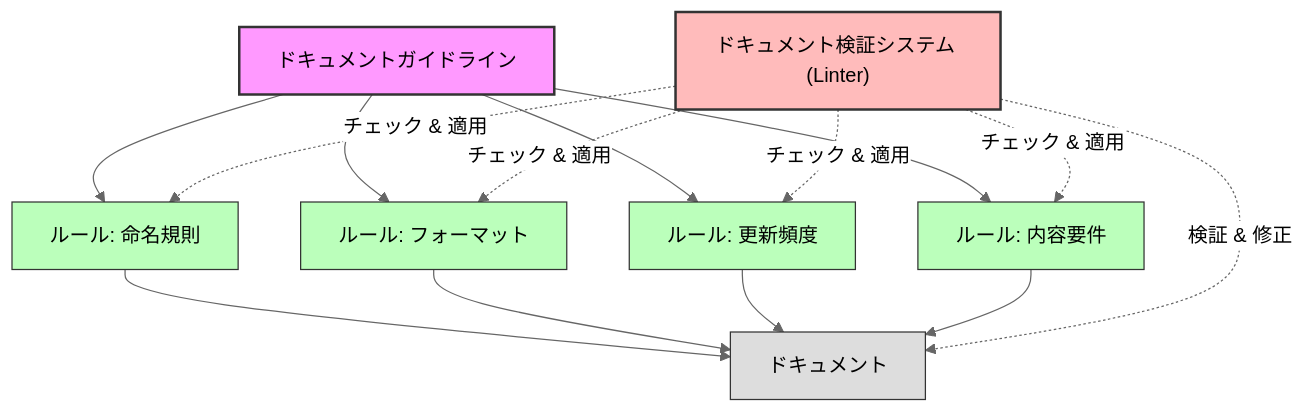
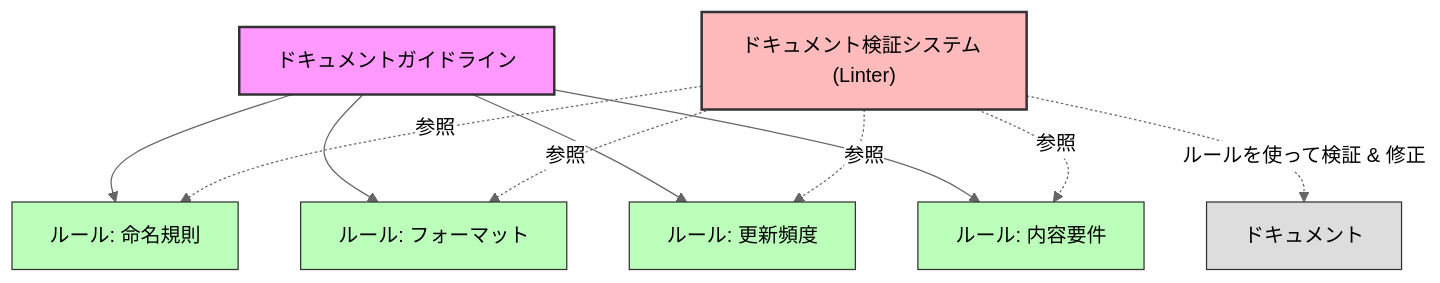
Before and after one commit to ToyB0x/ai-coding-rules: the first of 2 diagrams in Guideline.md, drawn with Mermaid (neutral theme). The commit also changed other lines of this file and 1 other file, not shown here.

Commit message:
docs: update terminology in diagrams for document validation system

````diff
--- a/Guideline.md
+++ b/Guideline.md
@@ -7,27 +7,22 @@
 ```mermaid
 graph TD
   A["ドキュメントガイドライン"] --> C1["ルール: 命名規則"]
   A --> C2["ルール: フォーマット"]
   A --> C3["ルール: 更新頻度"]
   A --> C4["ルール: 内容要件"]
   
-  D["ドキュメント検証システム (Linter)"] -.-> |"チェック & 適用"| C1
-  D -.-> |"チェック & 適用"| C2
-  D -.-> |"チェック & 適用"| C3
-  D -.-> |"チェック & 適用"| C4
+  D["ドキュメント検証システム (Linter)"] -.-> |"参照"| C1
+  D -.-> |"参照"| C2
+  D -.-> |"参照"| C3
+  D -.-> |"参照"| C4
   
-  C1 --> E1["ドキュメント"]
-  C2 --> E1
-  C3 --> E1
-  C4 --> E1
-  
-  D -.-> |"検証 & 修正"| E1
+  D -.-> |"ルールを使って検証 & 修正"| E1["ドキュメント"]
   
   style A fill:#f9f,stroke:#333,stroke-width:2px
   style C1 fill:#bfb,stroke:#333,stroke-width:1px
   style C2 fill:#bfb,stroke:#333,stroke-width:1px
   style C3 fill:#bfb,stroke:#333,stroke-width:1px
   style C4 fill:#bfb,stroke:#333,stroke-width:1px
   style D fill:#fbb,stroke:#333,stroke-width:2px
   style E1 fill:#ddd,stroke:#333,stroke-width:1px
 ```
````
